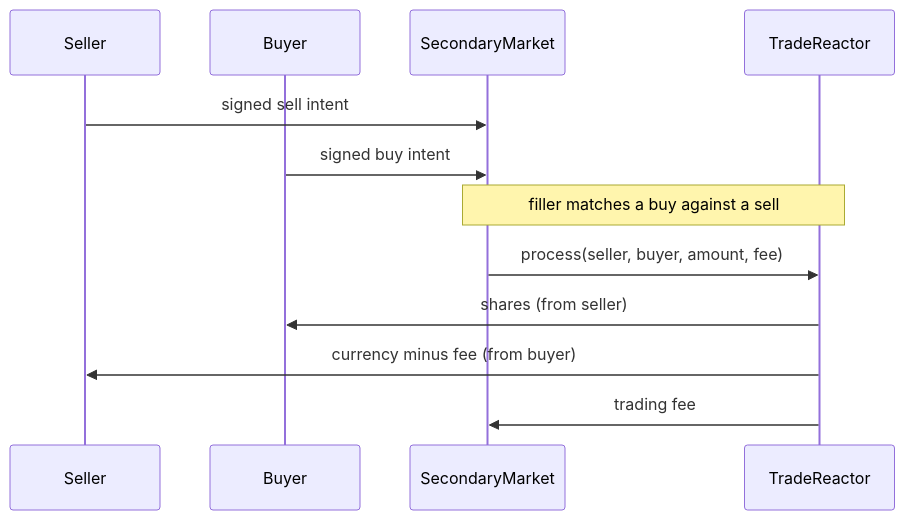
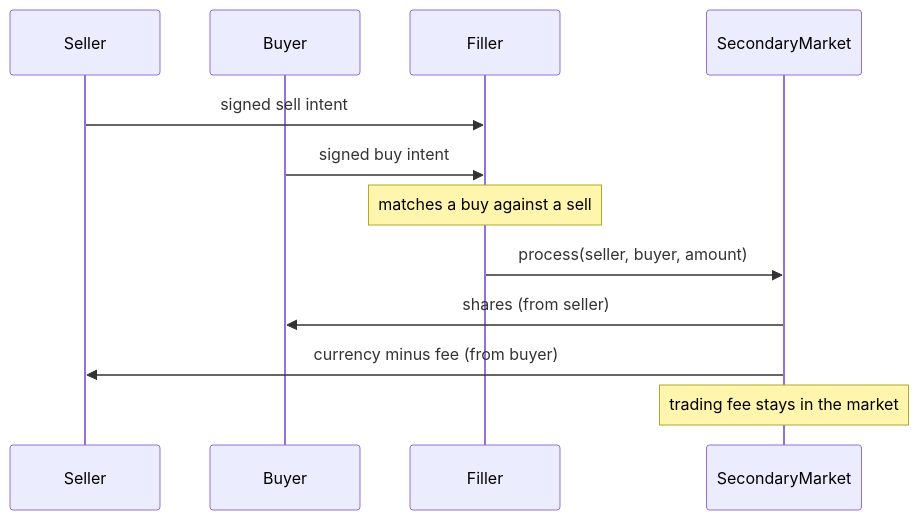
One commit to aktionariat/contracts changed the diagram in doc/secondarymarket.md. Above: the diagram before and after it, drawn with Mermaid. The commit also changed other lines of this file and 14 other files, not shown here.

Commit message:
Merge TradeReactor into SecondaryMarket

````diff
--- a/doc/secondarymarket.md
+++ b/doc/secondarymarket.md
@@ -9,14 +9,14 @@
 ```mermaid
 sequenceDiagram
     participant S as Seller
     participant B as Buyer
+    participant F as Filler
     participant M as SecondaryMarket
-    participant R as TradeReactor
-    S->>M: signed sell intent
-    B->>M: signed buy intent
-    Note over M,R: filler matches a buy against a sell
-    M->>R: process(seller, buyer, amount, fee)
-    R->>B: shares (from seller)
-    R->>S: currency minus fee (from buyer)
-    R->>M: trading fee
+    S->>F: signed sell intent
+    B->>F: signed buy intent
+    Note over F: matches a buy against a sell
+    F->>M: process(seller, buyer, amount)
+    M->>B: shares (from seller)
+    M->>S: currency minus fee (from buyer)
+    Note over M: trading fee stays in the market
 ```
````
